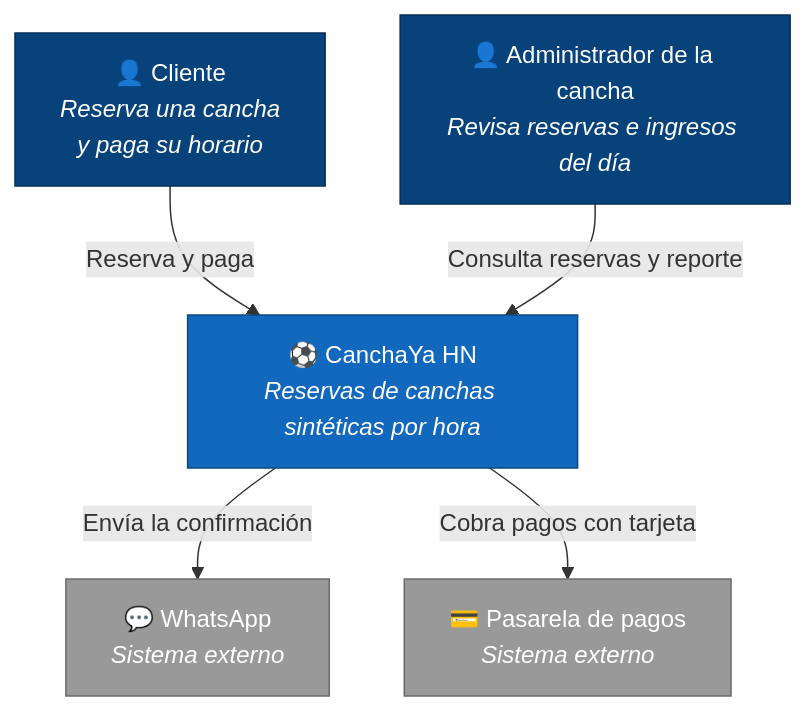
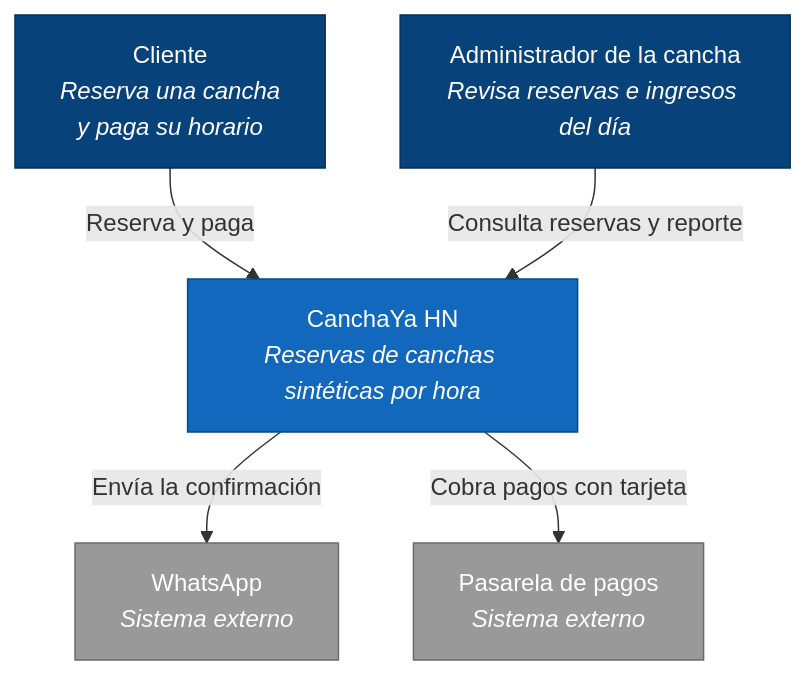
Before and after one commit to AbrahamRP97/isw2-practicas: the first of 2 diagrams in practica-6/arquitectura.md, drawn with Mermaid. The commit also changed other lines of this file, not shown here.

````diff
--- a/practica-6/arquitectura.md
+++ b/practica-6/arquitectura.md
@@ -13,22 +13,22 @@
 ```mermaid
 flowchart TB
-    cliente["👤 Cliente<br/><i>Reserva una cancha<br/>y paga su horario</i>"]
-    admin["👤 Administrador de la cancha<br/><i>Revisa reservas e ingresos del día</i>"]
+    cliente["Cliente<br/><i>Reserva una cancha<br/>y paga su horario</i>"]
+    admin["Administrador de la cancha<br/><i>Revisa reservas e ingresos del día</i>"]
 
-    canchaya["⚽ CanchaYa HN<br/><i>Reservas de canchas sintéticas por hora</i>"]
+    canchaya["CanchaYa HN<br/><i>Reservas de canchas sintéticas por hora</i>"]
 
-    whatsapp["💬 WhatsApp<br/><i>Sistema externo</i>"]
-    pagos["💳 Pasarela de pagos<br/><i>Sistema externo</i>"]
+    whatsapp["WhatsApp<br/><i>Sistema externo</i>"]
+    pagos["Pasarela de pagos<br/><i>Sistema externo</i>"]
 
     cliente -- "Reserva y paga" --> canchaya
     admin -- "Consulta reservas y reporte" --> canchaya
     canchaya -- "Envía la confirmación" --> whatsapp
     canchaya -- "Cobra pagos con tarjeta" --> pagos
 
     classDef persona fill:#08427b,stroke:#052e56,color:#fff
     classDef sistema fill:#1168bd,stroke:#0b4884,color:#fff
     classDef externo fill:#999999,stroke:#6b6b6b,color:#fff
     class cliente,admin persona
     class canchaya sistema
     class whatsapp,pagos externo
 ```
````
